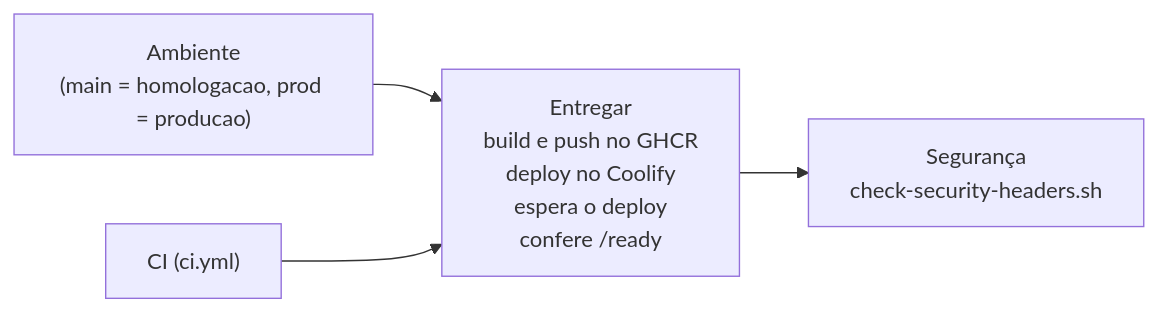
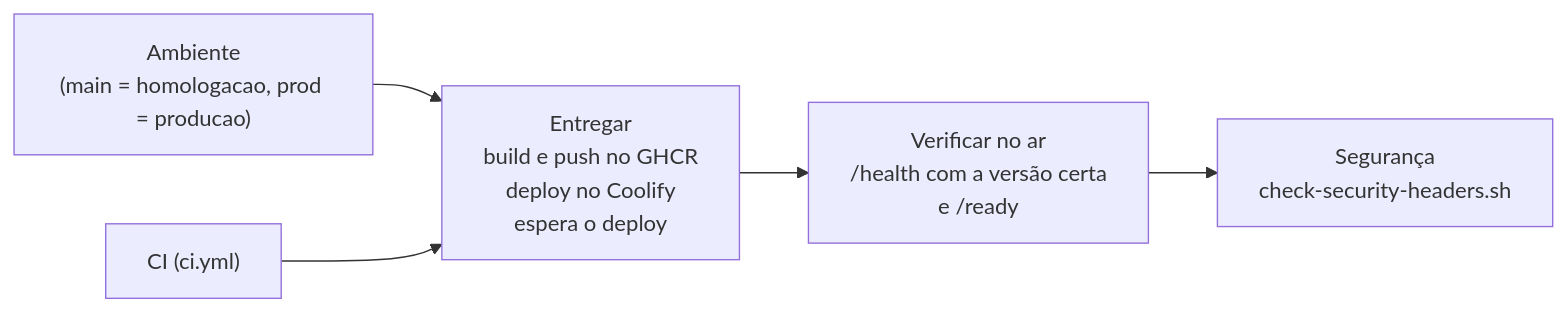
Before and after one commit to SamuelRamosSantos/pedmesa-backend: the diagram in docs/CICD.md, drawn with Mermaid. The commit also changed other lines of this file and 6 other files, not shown here.

Commit message:
fix(deploy): [PED-119] usa post no coolify, explica erros e confere a versão no ar

````diff
--- a/docs/CICD.md
+++ b/docs/CICD.md
@@ -25,6 +27,7 @@
 ```mermaid
 flowchart LR
     A["Ambiente<br/>(main = homologacao, prod = producao)"] --> E
-    C["CI (ci.yml)"] --> E["Entregar<br/>build e push no GHCR<br/>deploy no Coolify<br/>espera o deploy<br/>confere /ready"]
-    E --> S["Segurança<br/>check-security-headers.sh"]
+    C["CI (ci.yml)"] --> E["Entregar<br/>build e push no GHCR<br/>deploy no Coolify<br/>espera o deploy"]
+    E --> V["Verificar no ar<br/>/health com a versão certa<br/>e /ready"]
+    V --> S["Segurança<br/>check-security-headers.sh"]
 ```
````
